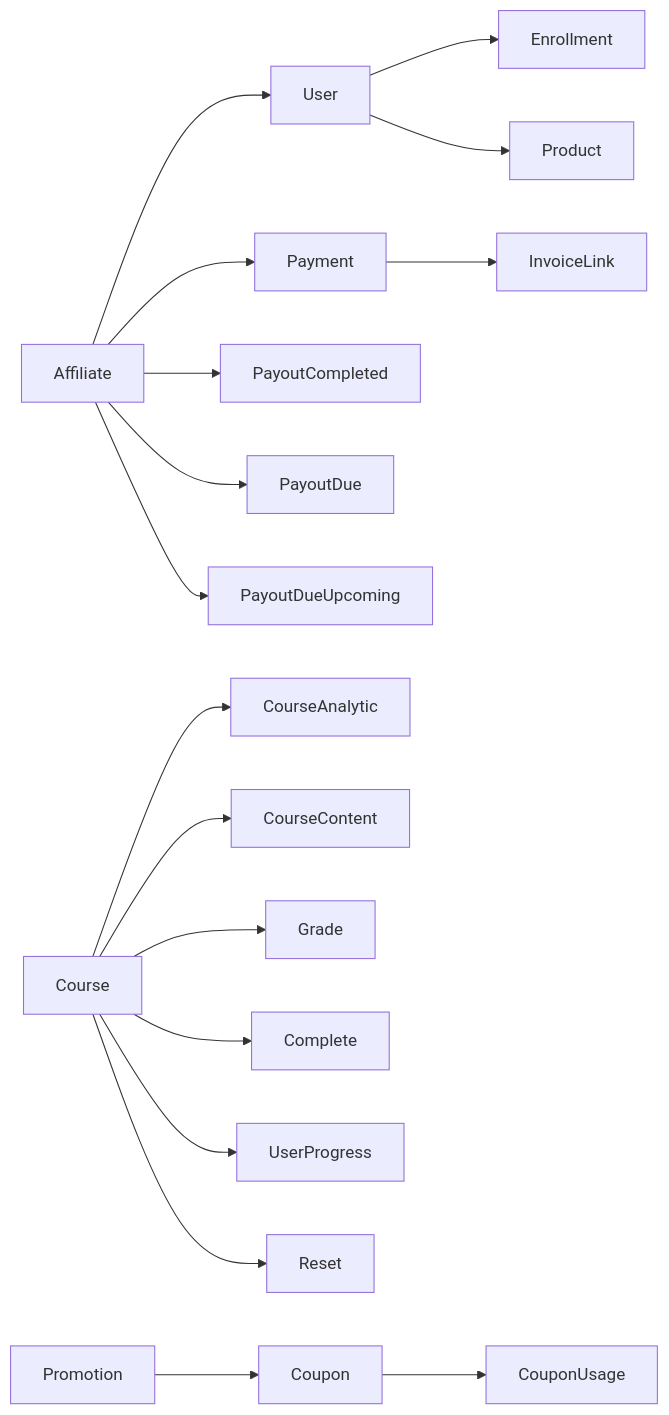
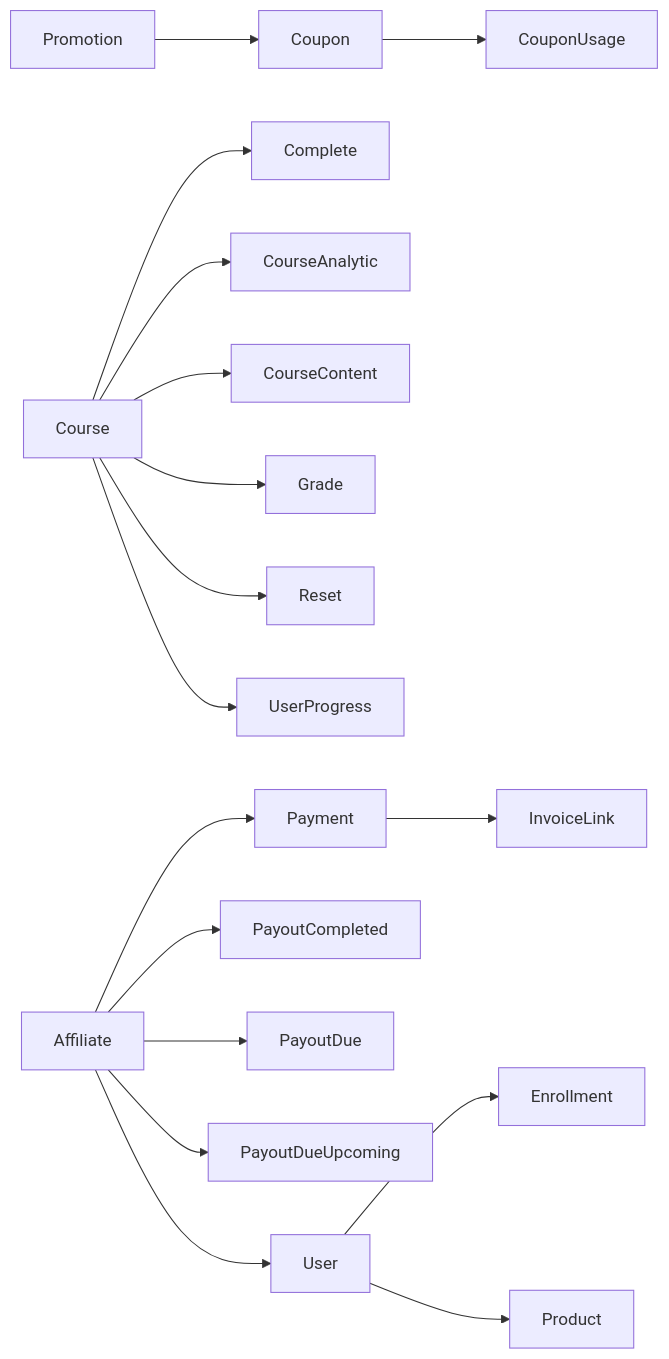
The diagram in README.md (voxgig-sdk/learnworlds), drawn with Mermaid before and after one commit. The commit also changed other lines of this file and 419 other files, not shown here.

````diff
--- a/README.md
+++ b/README.md
@@ -5,20 +5,20 @@
 ```mermaid 
 flowchart LR
-  Affiliate --> User
+  Course --> Complete
+  Promotion --> Coupon
+  Coupon --> CouponUsage
+  Course --> CourseAnalytic
+  Course --> CourseContent
+  User --> Enrollment
+  Course --> Grade
+  Payment --> InvoiceLink
   Affiliate --> Payment
   Affiliate --> PayoutCompleted
   Affiliate --> PayoutDue
   Affiliate --> PayoutDueUpcoming
-  Course --> CourseAnalytic
-  Course --> CourseContent
-  Course --> Grade
-  Payment --> InvoiceLink
-  Promotion --> Coupon
-  Coupon --> CouponUsage
-  User --> Enrollment
-  Course --> Complete
+  User --> Product
+  Course --> Reset
+  Affiliate --> User
   Course --> UserProgress
-  Course --> Reset
-  User --> Product
 
 ```
````
